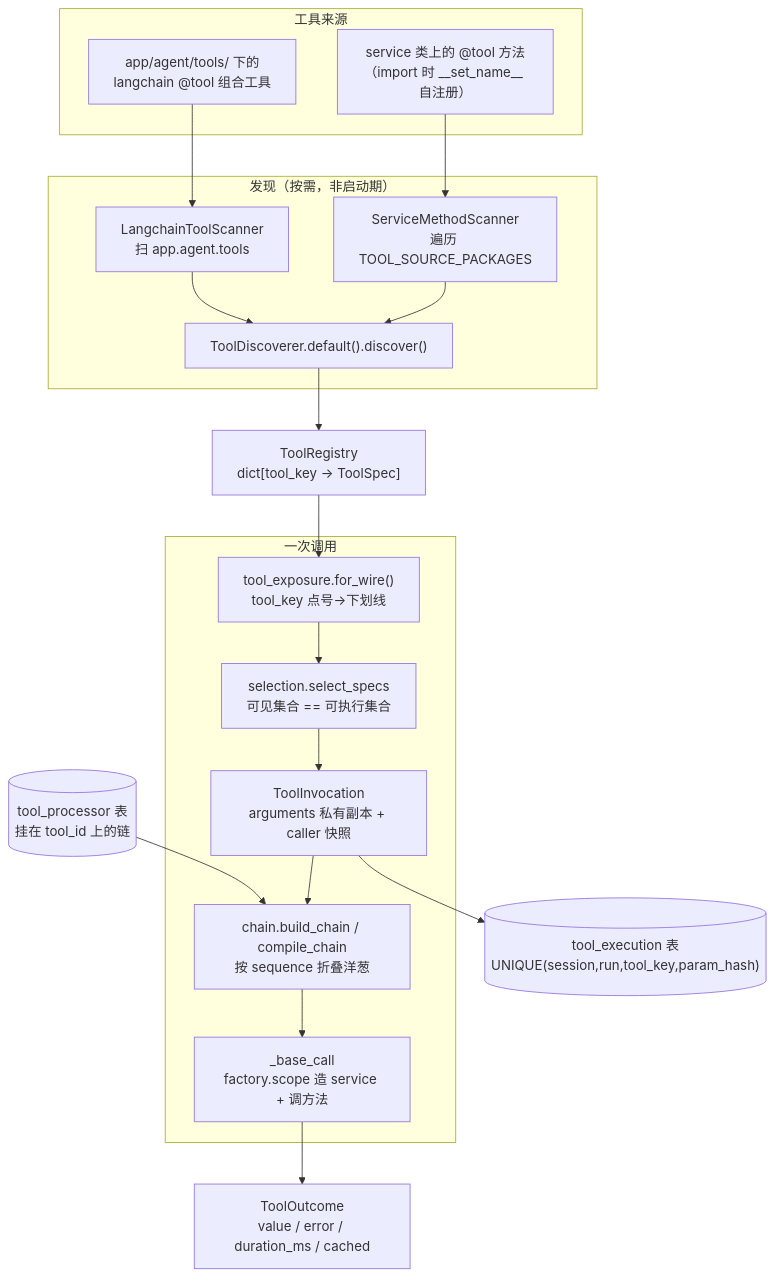
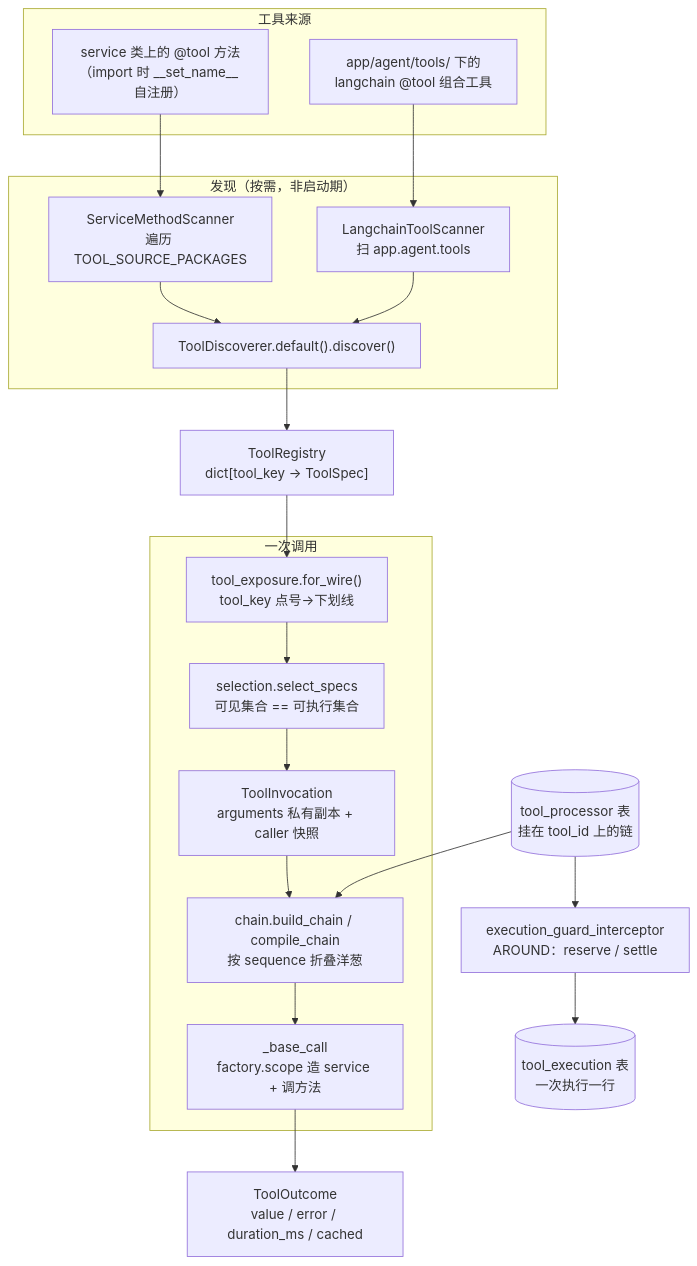
Before and after one commit to wenbyin/YTraderHarness: the first of 2 diagrams in README_TOOL.md, drawn with Mermaid. The commit also changed other lines of this file and 355 other files, not shown here.

First line of the commit message:
补齐 planner / subagent 双图与 skill、stress 服务，落地追踪与工具拦截器

````diff
--- a/README_TOOL.md
+++ b/README_TOOL.md
@@ -63,36 +63,38 @@
 ```mermaid
 flowchart TB
     subgraph DEF["工具来源"]
         SVC["service 类上的 @tool 方法<br/>（import 时 __set_name__ 自注册）"]
         CMP["app/agent/tools/ 下的<br/>langchain @tool 组合工具"]
     end
 
     subgraph SCAN["发现（按需，非启动期）"]
         MS["ServiceMethodScanner<br/>遍历 TOOL_SOURCE_PACKAGES"]
         LS["LangchainToolScanner<br/>扫 app.agent.tools"]
         DISC["ToolDiscoverer.default().discover()"]
     end
 
     REG["ToolRegistry<br/>dict[tool_key → ToolSpec]"]
 
     subgraph EXEC["一次调用"]
         EXP["tool_exposure.for_wire()<br/>tool_key 点号→下划线"]
         SEL["selection.select_specs<br/>可见集合 == 可执行集合"]
         INV["ToolInvocation<br/>arguments 私有副本 + caller 快照"]
         CHAIN["chain.build_chain / compile_chain<br/>按 sequence 折叠洋葱"]
         BASE["_base_call<br/>factory.scope 造 service + 调方法"]
     end
 
-    EXE[("tool_execution 表<br/>UNIQUE(session,run,tool_key,param_hash)")]
+    EXE[("tool_execution 表<br/>一次执行一行")]
     PRC[("tool_processor 表<br/>挂在 tool_id 上的链")]
+    GUARD["execution_guard_interceptor<br/>AROUND：reserve / settle"]
 
     SVC --> MS
     CMP --> LS
     MS --> DISC
     LS --> DISC
     DISC --> REG
     REG --> EXP --> SEL --> INV --> CHAIN --> BASE
     PRC --> CHAIN
-    INV --> EXE
+    PRC --> GUARD
+    GUARD --> EXE
     BASE --> OUT["ToolOutcome<br/>value / error / duration_ms / cached"]
 ```
````
